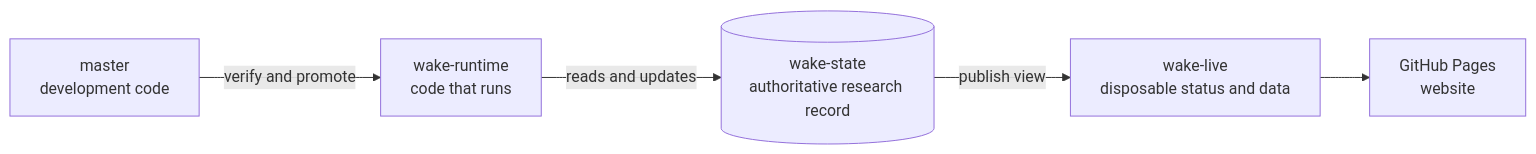
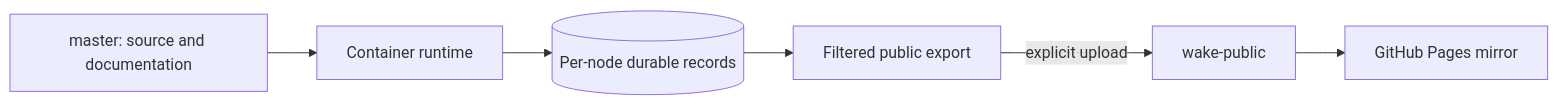
Before and after one commit to sudofx/wake: the diagram in docs/cloud.md, drawn with Mermaid. The commit also changed other lines of this file and 49 other files, not shown here.

Commit message:
Retire GitHub research executor and publish container snapshots only

````diff
--- a/docs/cloud.md
+++ b/docs/cloud.md
@@ -54,7 +9,8 @@
 ```mermaid
 flowchart LR
-  M[master<br/>development code] -->|verify and promote| R[wake-runtime<br/>code that runs]
-  R -->|reads and updates| S[(wake-state<br/>authoritative research record)]
-  S -->|publish view| L[wake-live<br/>disposable status and data]
-  L --> P[GitHub Pages<br/>website]
+  S[master: source and documentation] --> C[Container runtime]
+  C --> R[(Per-node durable records)]
+  R --> E[Filtered public export]
+  E -->|explicit upload| P[wake-public]
+  P --> G[GitHub Pages mirror]
 ```
````
